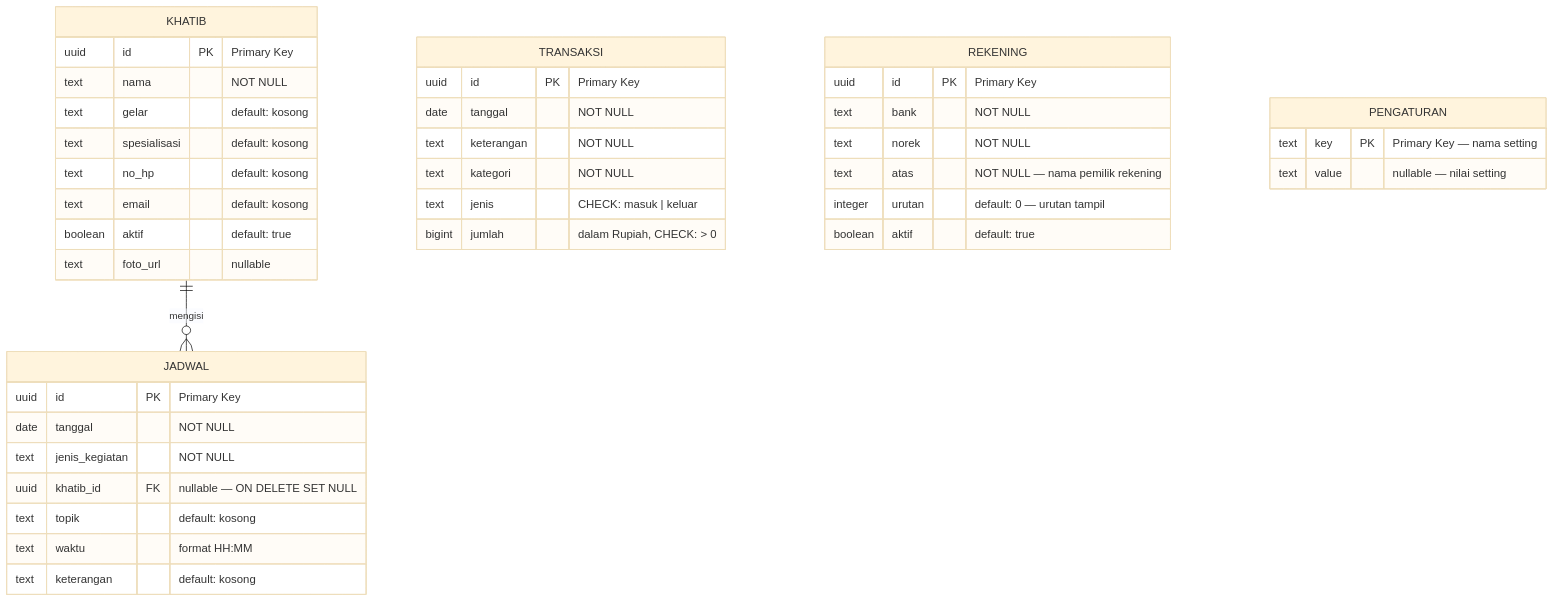
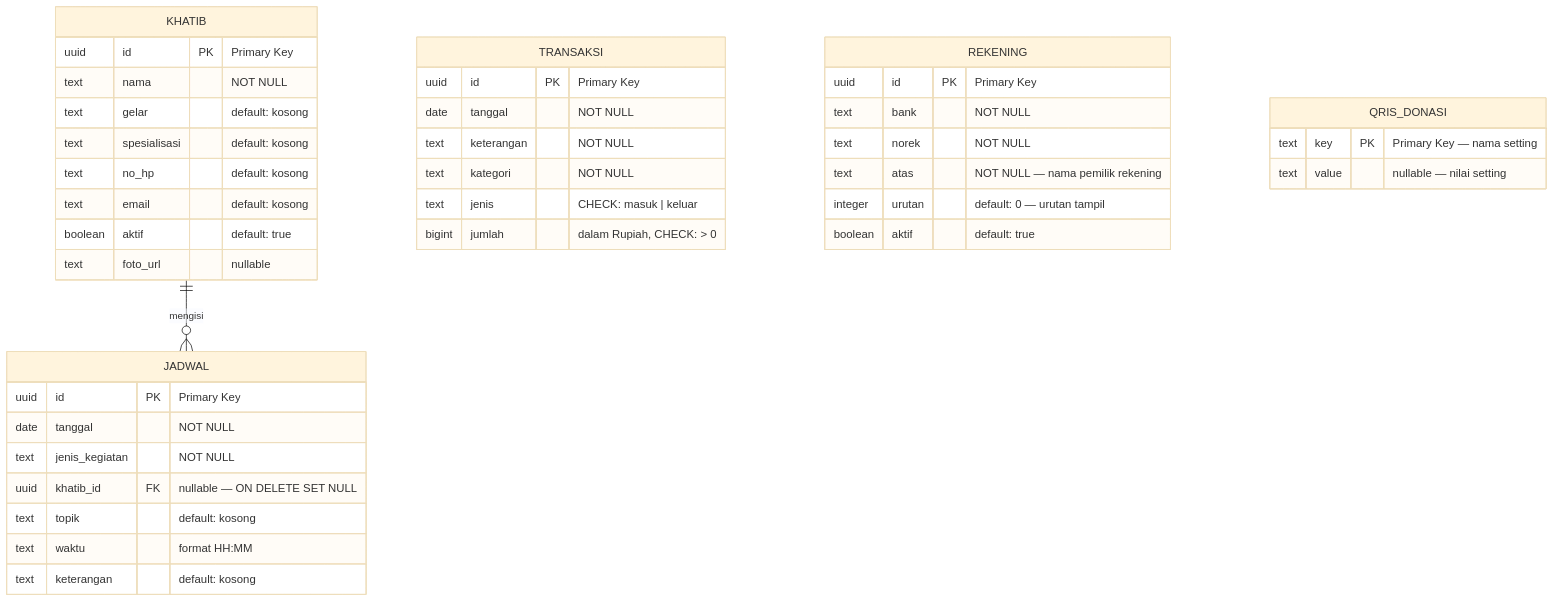
The diagram in ERD.md (nabilhatami86/masjid-al-hidayah), drawn with Mermaid (base theme) before and after one commit. The commit also changed other lines of this file, not shown here.

Commit message:
feat: add noreq qris

````diff
--- a/ERD.md
+++ b/ERD.md
@@ -9,48 +9,48 @@
 ```mermaid
 erDiagram
     KHATIB {
         uuid    id           PK "Primary Key"
         text    nama         "NOT NULL"
         text    gelar        "default: kosong"
         text    spesialisasi "default: kosong"
         text    no_hp        "default: kosong"
         text    email        "default: kosong"
         boolean aktif        "default: true"
         text    foto_url     "nullable"
     }
 
     JADWAL {
         uuid id             PK "Primary Key"
         date tanggal        "NOT NULL"
         text jenis_kegiatan "NOT NULL"
         uuid khatib_id      FK "nullable — ON DELETE SET NULL"
         text topik          "default: kosong"
         text waktu          "format HH:MM"
         text keterangan     "default: kosong"
     }
 
     TRANSAKSI {
         uuid   id          PK "Primary Key"
         date   tanggal     "NOT NULL"
         text   keterangan  "NOT NULL"
         text   kategori    "NOT NULL"
         text   jenis       "CHECK: masuk | keluar"
         bigint jumlah      "dalam Rupiah, CHECK: > 0"
     }
 
     REKENING {
         uuid    id      PK "Primary Key"
         text    bank    "NOT NULL"
         text    norek   "NOT NULL"
         text    atas    "NOT NULL — nama pemilik rekening"
         integer urutan  "default: 0 — urutan tampil"
         boolean aktif   "default: true"
     }
 
-    PENGATURAN {
+    QRIS_DONASI {
         text key   PK "Primary Key — nama setting"
         text value "nullable — nilai setting"
     }
 
     KHATIB ||--o{ JADWAL : "mengisi"
 ```
````
